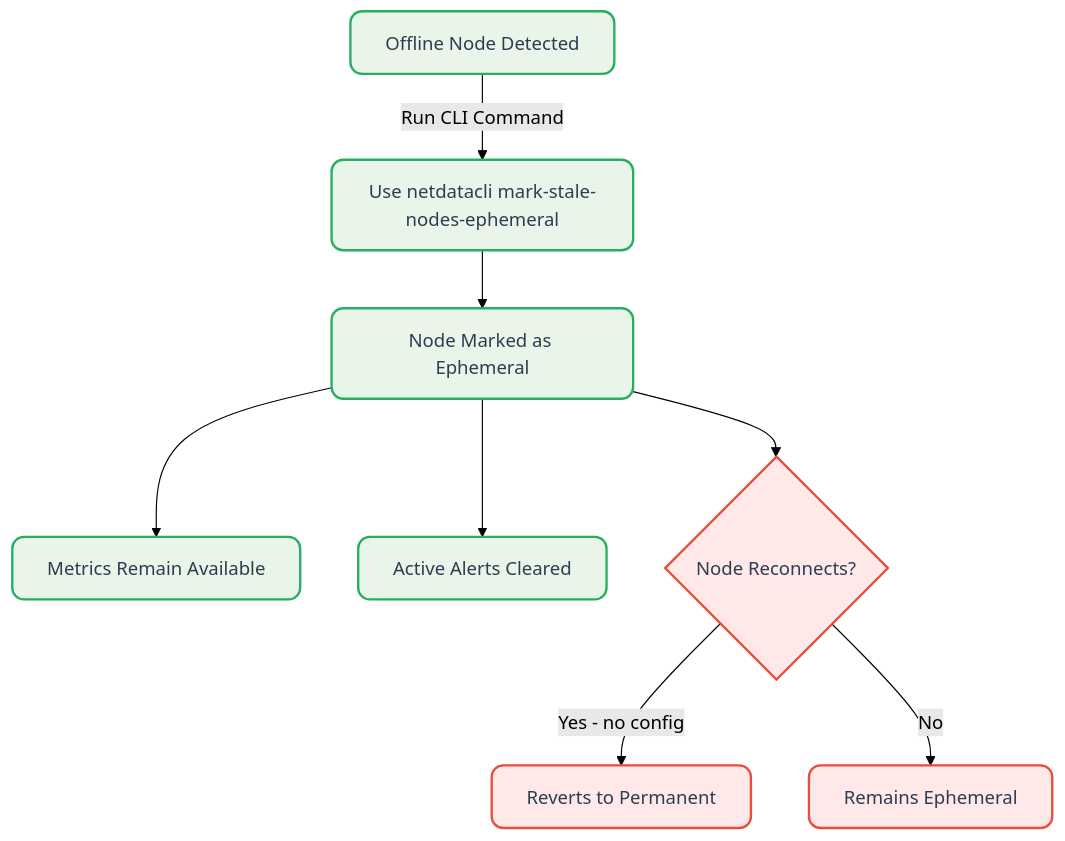
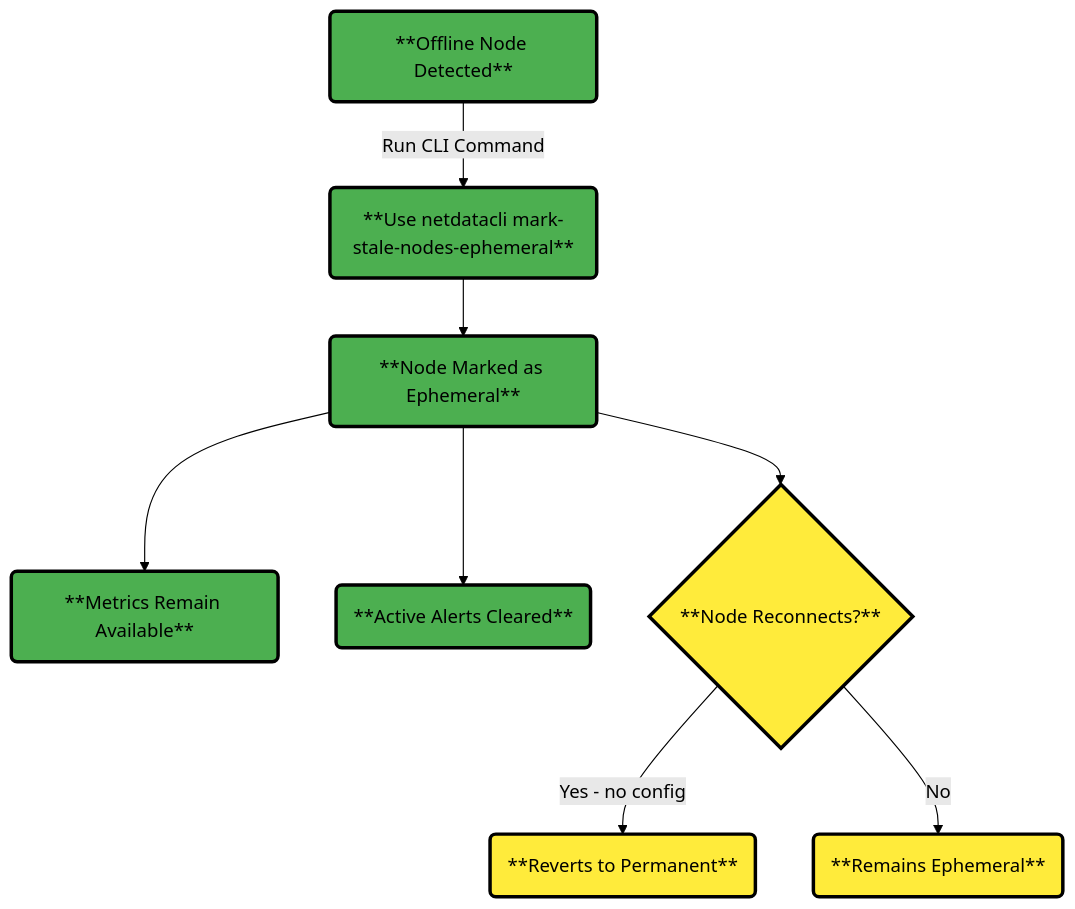
The second of 4 diagrams in docs/nodes-ephemerality.md (netdata/netdata), drawn with Mermaid (forest theme) before and after one commit. The commit also changed other lines of this file, not shown here.

First line of the commit message:
Update nodes-ephemerality.md

````diff
--- a/docs/nodes-ephemerality.md
+++ b/docs/nodes-ephemerality.md
@@ -89,20 +101,14 @@
 ```mermaid
 flowchart TD
-    A[Offline Node Detected] -->|Run CLI Command| B[Use netdatacli mark-stale-nodes-ephemeral]
-    B --> C[Node Marked as Ephemeral]
-    C --> D[Metrics Remain Available]
-    C --> E[Active Alerts Cleared]
-    C --> F{Node Reconnects?}
-    F -->|Yes - no config| G[Reverts to Permanent]
-    F -->|No| H[Remains Ephemeral]
-    classDef step fill: #e8f5e8, stroke: #27ae60, stroke-width: 2px, color: #2c3e50, rx: 10, ry: 10
-    classDef alert fill: #ffe8e8, stroke: #e74c3c, stroke-width: 2px, color: #2c3e50, rx: 10, ry: 10
-    class A step
-    class B step
-    class C step
-    class D step
-    class E step
-    class F alert
-    class G alert
-    class H alert
+    A("**Offline Node Detected**") -->|Run CLI Command| B("**Use netdatacli mark-stale-nodes-ephemeral**")
+    B --> C("**Node Marked as Ephemeral**")
+    C --> D("**Metrics Remain Available**")
+    C --> E("**Active Alerts Cleared**")
+    C --> F{"**Node Reconnects?**"}
+    F -->|Yes - no config| G("**Reverts to Permanent**")
+    F -->|No| H("**Remains Ephemeral**")
+    classDef step fill:#4caf50,stroke:#000000,stroke-width:3px,color:#000000,font-size:16px
+    classDef alert fill:#ffeb3b,stroke:#000000,stroke-width:3px,color:#000000,font-size:16px
+    class A,B,C,D,E step
+    class F,G,H alert
 ```
````
